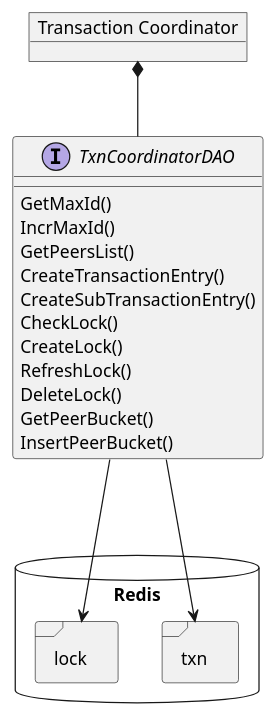
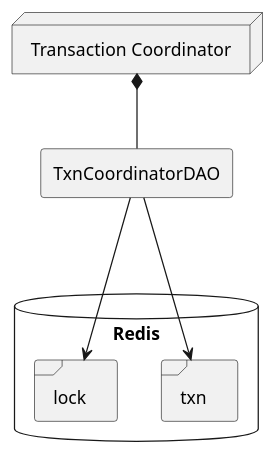
One commit to nminhquan/account-system changed diagram 11 of 16 in README.md. Above: the diagram before and after it, drawn with PlantUML. The commit also changed other lines of this file and 17 other files, not shown here.

````diff
--- a/README.md
+++ b/README.md
@@ -358,28 +429,14 @@
 ```plantuml
 @startuml
-allowmixing
-object "Transaction Coordinator" as TC {
-}
-interface TxnCoordinatorDAO {
-	GetMaxId() 
-	IncrMaxId() 
-	GetPeersList()
-	CreateTransactionEntry()
-	CreateSubTransactionEntry()
-	CheckLock()
-	CreateLock()
-	RefreshLock()
-	DeleteLock()
-	GetPeerBucket()
-	InsertPeerBucket()
-}
+node "Transaction Coordinator" as TC
+rectangle TxnCoordinatorDAO
 
 database "Redis" {
 	frame lock
 	frame txn
 }
 TC *-- TxnCoordinatorDAO
 TxnCoordinatorDAO ---> lock
 TxnCoordinatorDAO ---> txn
 @enduml
 ```
````
